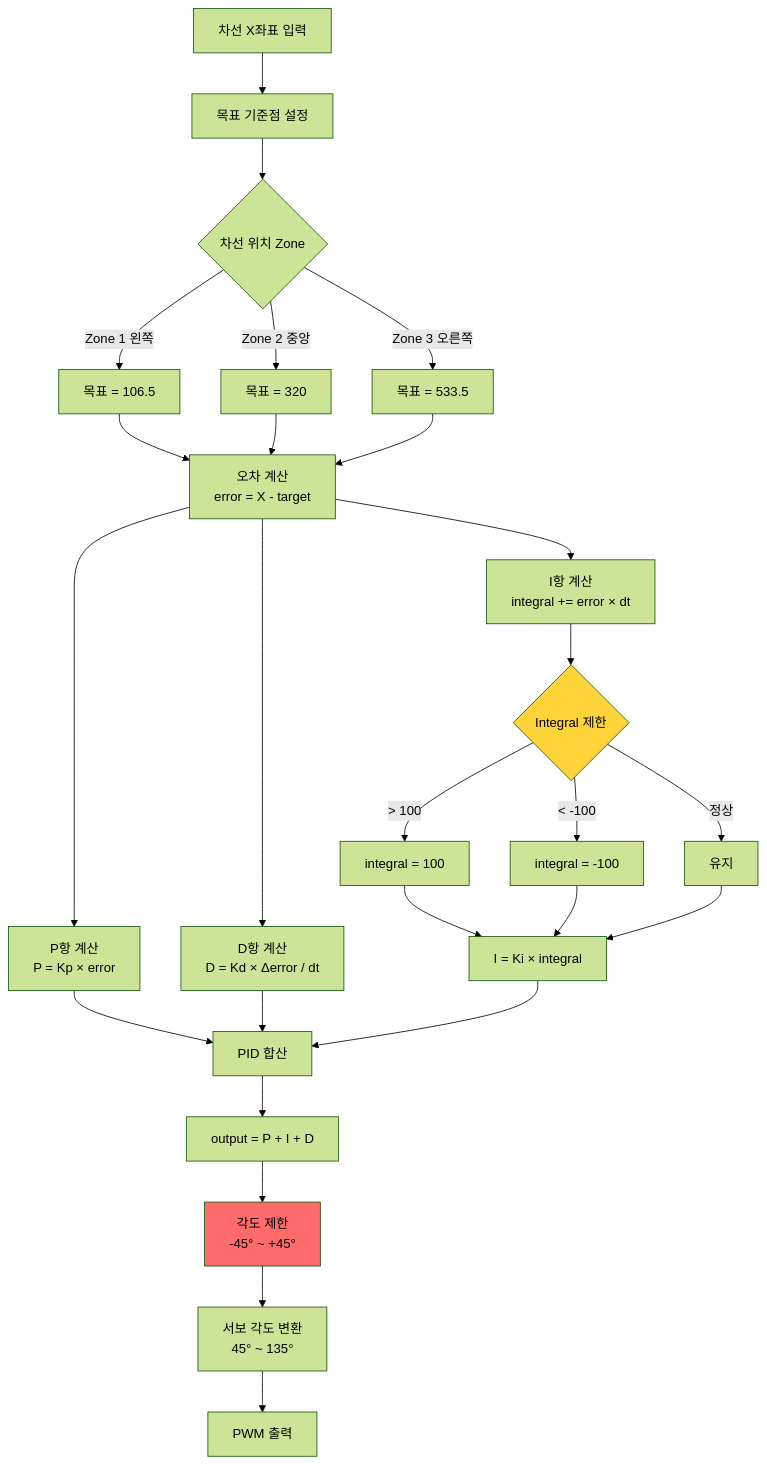
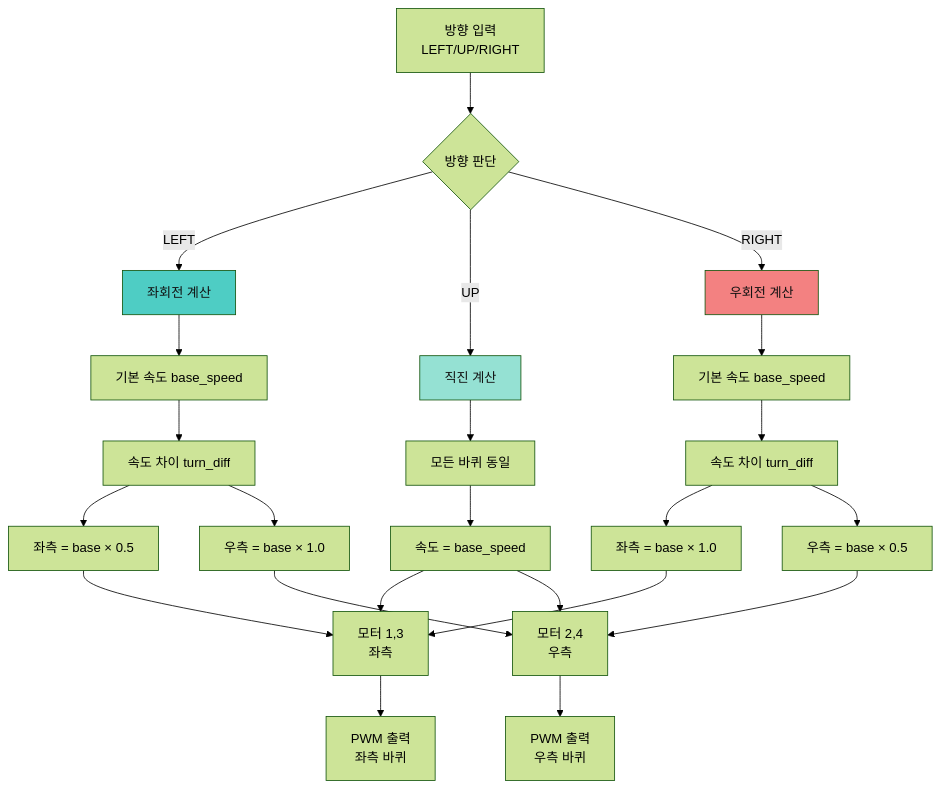
One commit to Collegenie-X/Raspbot-v2-self-driving-car changed diagram 32 of 44 in 06_final_self_driving/_1단계_요구사항_분석.md. Above: the diagram before and after it, drawn with Mermaid (forest theme). The commit also changed other lines of this file and 5 other files, not shown here.

````diff
--- a/06_final_self_driving/_1단계_요구사항_분석.md
+++ b/06_final_self_driving/_1단계_요구사항_분석.md
@@ -1438,38 +1481,37 @@
 ```mermaid
 flowchart TD
-    A[차선 X좌표 입력] --> B[목표 기준점 설정]
+    A[방향 입력<br/>LEFT/UP/RIGHT] --> B{방향 판단}
     
-    B --> C{차선 위치 Zone}
-    C -->|Zone 1 왼쪽| D[목표 = 106.5]
-    C -->|Zone 2 중앙| E[목표 = 320]
-    C -->|Zone 3 오른쪽| F[목표 = 533.5]
+    B -->|LEFT| C[좌회전 계산]
+    B -->|UP| D[직진 계산]
+    B -->|RIGHT| E[우회전 계산]
     
-    D --> G[오차 계산<br/>error = X - target]
-    E --> G
-    F --> G
+    C --> C1[기본 속도 base_speed]
+    C1 --> C2[속도 차이 turn_diff]
+    C2 --> C3[좌측 = base × 0.5]
+    C2 --> C4[우측 = base × 1.0]
     
-    G --> H[P항 계산<br/>P = Kp × error]
-    G --> I[I항 계산<br/>integral += error × dt]
-    G --> J[D항 계산<br/>D = Kd × Δerror / dt]
+    D --> D1[모든 바퀴 동일]
+    D1 --> D2[속도 = base_speed]
     
-    I --> K{Integral 제한}
-    K -->|> 100| L[integral = 100]
-    K -->|< -100| M[integral = -100]
-    K -->|정상| N[유지]
+    E --> E1[기본 속도 base_speed]
+    E1 --> E2[속도 차이 turn_diff]
+    E2 --> E3[좌측 = base × 1.0]
+    E2 --> E4[우측 = base × 0.5]
     
-    L --> O[I = Ki × integral]
-    M --> O
-    N --> O
+    C3 --> F[모터 1,3<br/>좌측]
+    C4 --> G[모터 2,4<br/>우측]
     
-    H --> P[PID 합산]
-    J --> P
-    O --> P
+    D2 --> F
+    D2 --> G
     
-    P --> Q[output = P + I + D]
-    Q --> R[각도 제한<br/>-45° ~ +45°]
-    R --> S[서보 각도 변환<br/>45° ~ 135°]
-    S --> T[PWM 출력]
+    E3 --> F
+    E4 --> G
     
-    style K fill:#ffd43b
-    style R fill:#ff6b6b
+    F --> H[PWM 출력<br/>좌측 바퀴]
+    G --> I[PWM 출력<br/>우측 바퀴]
+    
+    style C fill:#4ecdc4,color:#111
+    style D fill:#95e1d3,color:#111
+    style E fill:#f38181,color:#111
 ```
````
